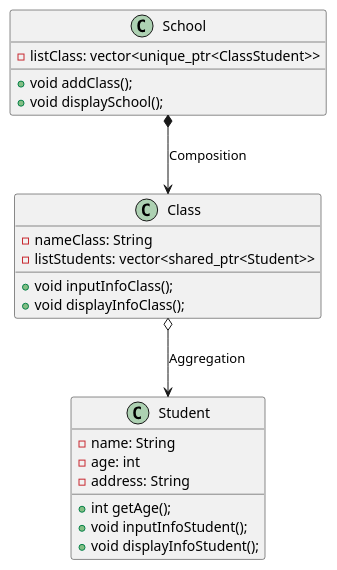
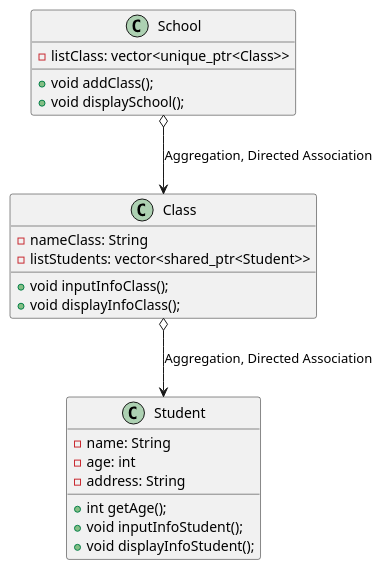
One commit to baobluebird/Basic-C-Cplusplus changed the diagram in .Assigment/OOP/ex6/diagram/diagram.wsd. Above: the diagram before and after it, drawn with PlantUML. The commit also changed 102 other files, not shown here.

Commit message:
fix diagram, fix use pointer

```diff
--- a/.Assigment/OOP/ex6/diagram/diagram.wsd
+++ b/.Assigment/OOP/ex6/diagram/diagram.wsd
@@ -1,28 +1,28 @@
 @startuml
 
 class Student {
     - name: String
     - age: int
     - address: String
     + int getAge();
     + void inputInfoStudent();
     + void displayInfoStudent();
 }
 
 class Class{
     - nameClass: String
     - listStudents: vector<shared_ptr<Student>>
     + void inputInfoClass();
     + void displayInfoClass();
 }
 
 class School {
-    - listClass: vector<unique_ptr<ClassStudent>>
+    - listClass: vector<unique_ptr<Class>>
     + void addClass();
     + void displaySchool();
 }
 
-Class o--> Student : Aggregation
-School *-->  Class : Composition
+Class o--> Student : Aggregation, Directed Association
+School o-->  Class : Aggregation, Directed Association
 
 @enduml
```
